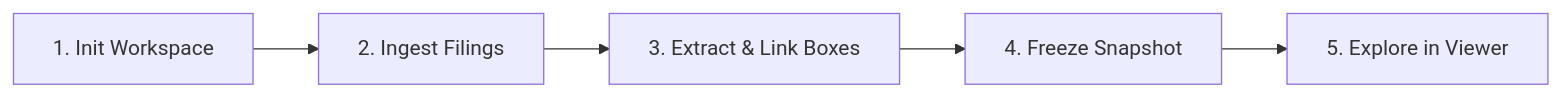
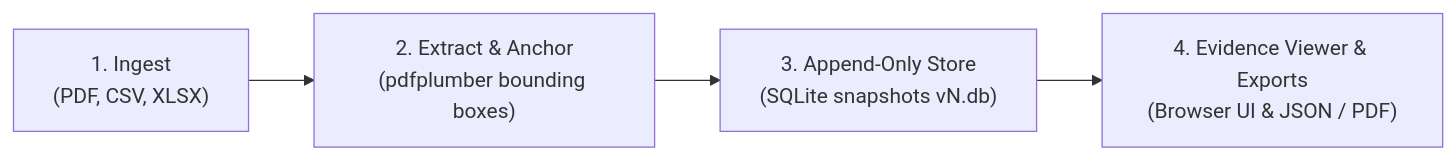
Before and after one commit to GoCarbonTracker/go-carbon-tracker: the second of 3 diagrams in README.md, drawn with Mermaid. The commit also changed other lines of this file and 26 other files, not shown here.

````diff
--- a/README.md
+++ b/README.md
@@ -57,7 +98,6 @@
 ```mermaid
 flowchart LR
-    A["1. Init Workspace"] --> B["2. Ingest Filings"]
-    B --> C["3. Extract & Link Boxes"]
-    C --> D["4. Freeze Snapshot"]
-    D --> E["5. Explore in Viewer"]
+    A["1. Ingest<br/>(PDF, CSV, XLSX)"] --> B["2. Extract & Anchor<br/>(pdfplumber bounding boxes)"]
+    B --> C["3. Append-Only Store<br/>(SQLite snapshots vN.db)"]
+    C --> D["4. Evidence Viewer & Exports<br/>(Browser UI & JSON / PDF)"]
 ```
````
